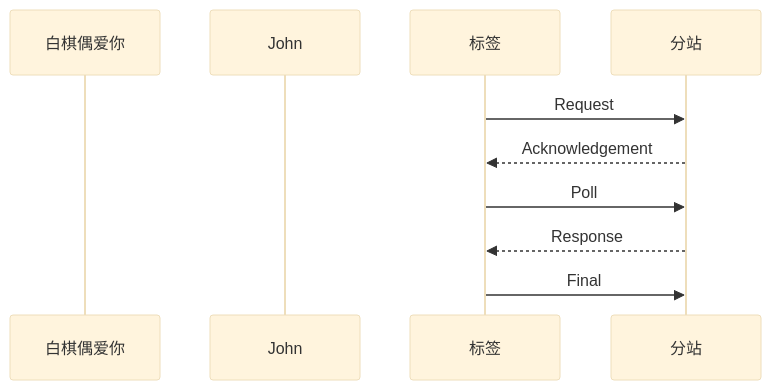
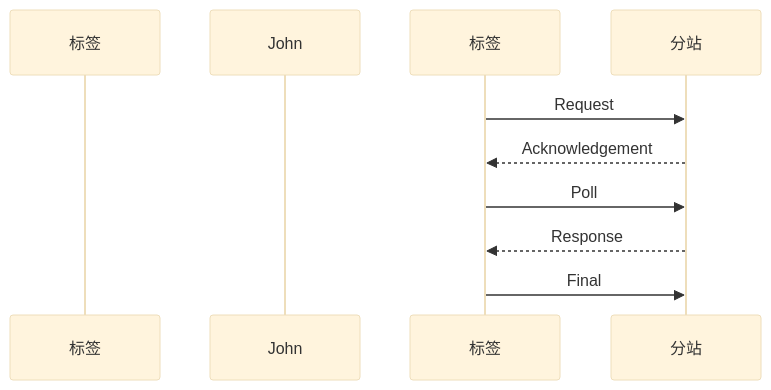
The diagram in all/未命名.md (geek-zhao/iodraw-files), drawn with Mermaid (base theme) before and after one commit.

Commit message:
2024-08-17 14:01:15 update

````diff
--- a/all/未命名.md
+++ b/all/未命名.md
@@ -1,11 +1,11 @@
 ```mermaid
 sequenceDiagram
-    participant tag as 白棋偶爱你
-    participant J as John
+    participant tag as 标签
+    participant anchor as John
     标签->>分站: Request
     分站-->>标签: Acknowledgement
     标签->>分站: Poll
     分站-->>标签: Response
     标签->>分站: Final       
 
 ```
````
